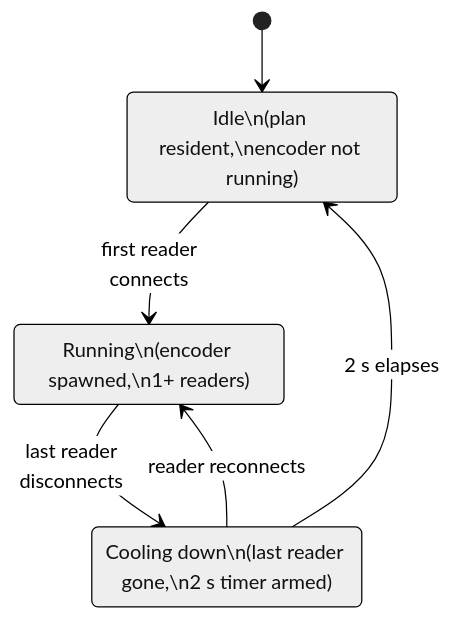
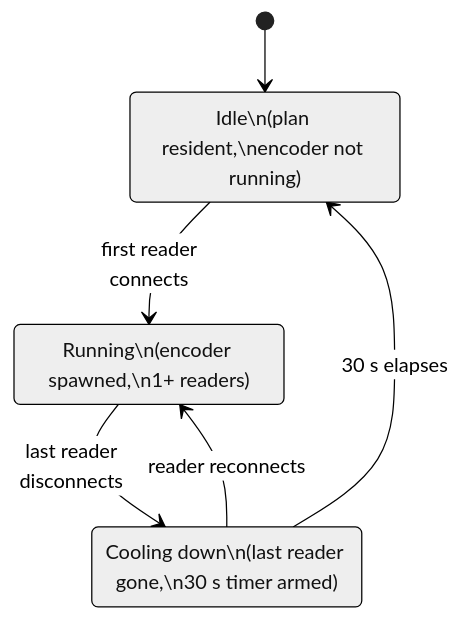
One commit to smazurov/videonode changed the diagram in website/docs/reference/pipeline-model.md. Above: the diagram before and after it, drawn with Mermaid (neutral theme). The commit also changed other lines of this file and 29 other files, not shown here.

````diff
--- a/website/docs/reference/pipeline-model.md
+++ b/website/docs/reference/pipeline-model.md
@@ -26,20 +26,20 @@
 ```mermaid
 stateDiagram-v2
   direction TB
   accTitle: Stream encoder lifecycle
   accDescr {
     Encoder plan is always resident. The encoder process only runs
     while at least one reader is connected; a 30-second debounce
     prevents thrash on rapid connect/disconnect.
   }
 
   Idle: Idle\n(plan resident,\nencoder not running)
   Running: Running\n(encoder spawned,\n1+ readers)
-  Cooling: Cooling down\n(last reader gone,\n2 s timer armed)
+  Cooling: Cooling down\n(last reader gone,\n30 s timer armed)
 
   [*] --> Idle
   Idle --> Running: first reader<br/>connects
   Running --> Cooling: last reader<br/>disconnects
-  Cooling --> Idle: 2 s elapses
+  Cooling --> Idle: 30 s elapses
   Cooling --> Running: reader reconnects
 ```
````
